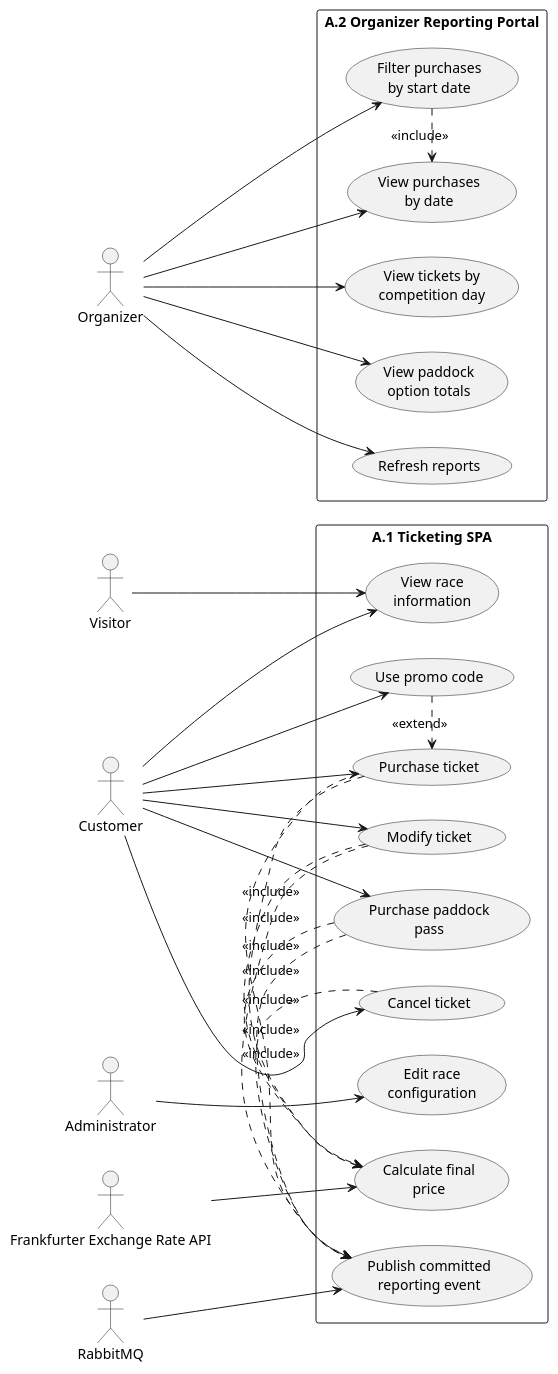
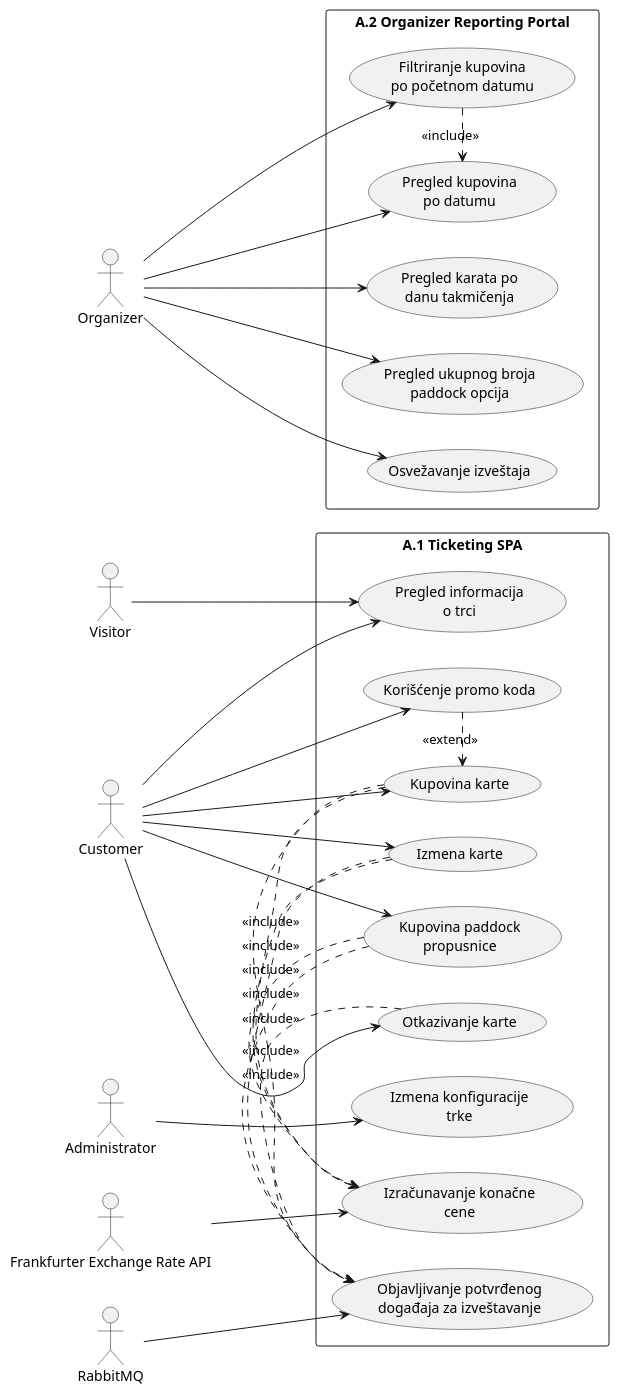
One commit to bd0061/f1-app changed the diagram in docs/diagrams/use-case.puml. Above: the diagram before and after it, drawn with PlantUML. The commit also changed 14 other files, not shown here.

```diff
--- a/docs/diagrams/use-case.puml
+++ b/docs/diagrams/use-case.puml
@@ -1,59 +1,59 @@
 @startuml
 left to right direction
 skinparam packageStyle rectangle
 skinparam shadowing false
 
 actor Visitor
 actor Customer
 actor Administrator
 actor Organizer
 actor "Frankfurter Exchange Rate API" as Frankfurter
 actor RabbitMQ
 
 rectangle "A.1 Ticketing SPA" as A1 {
-  usecase "View race\ninformation" as UCView
-  usecase "Purchase ticket" as UCPurchase
-  usecase "Use promo code" as UCPromo
-  usecase "Modify ticket" as UCModify
-  usecase "Cancel ticket" as UCCancel
-  usecase "Purchase paddock\npass" as UCPaddock
-  usecase "Edit race\nconfiguration" as UCAdmin
-  usecase "Calculate final\nprice" as UCPrice
-  usecase "Publish committed\nreporting event" as UCPublish
+usecase "Pregled informacija\no trci" as UCView
+usecase "Kupovina karte" as UCPurchase
+usecase "Korišćenje promo koda" as UCPromo
+usecase "Izmena karte" as UCModify
+usecase "Otkazivanje karte" as UCCancel
+usecase "Kupovina paddock\npropusnice" as UCPaddock
+usecase "Izmena konfiguracije\ntrke" as UCAdmin
+usecase "Izračunavanje konačne\ncene" as UCPrice
+usecase "Objavljivanje potvrđenog\ndogađaja za izveštavanje" as UCPublish
 }
 
 rectangle "A.2 Organizer Reporting Portal" as A2 {
-  usecase "View tickets by\ncompetition day" as UCDayReport
-  usecase "View purchases\nby date" as UCPurchaseReport
-  usecase "Filter purchases\nby start date" as UCFilter
-  usecase "View paddock\noption totals" as UCPaddockReport
-  usecase "Refresh reports" as UCRefresh
+usecase "Pregled karata po\ndanu takmičenja" as UCDayReport
+usecase "Pregled kupovina\npo datumu" as UCPurchaseReport
+usecase "Filtriranje kupovina\npo početnom datumu" as UCFilter
+usecase "Pregled ukupnog broja\npaddock opcija" as UCPaddockReport
+usecase "Osvežavanje izveštaja" as UCRefresh
 }
 
 Visitor --> UCView
 Customer --> UCView
 Customer --> UCPurchase
 Customer --> UCPromo
 Customer --> UCModify
 Customer --> UCCancel
 Customer --> UCPaddock
 Administrator --> UCAdmin
 Organizer --> UCDayReport
 Organizer --> UCPurchaseReport
 Organizer --> UCFilter
 Organizer --> UCPaddockReport
 Organizer --> UCRefresh
 
 UCPromo .> UCPurchase : <<extend>>
 UCPurchase .> UCPrice : <<include>>
 UCModify .> UCPrice : <<include>>
 UCPaddock .> UCPrice : <<include>>
 UCPurchase .> UCPublish : <<include>>
 UCModify .> UCPublish : <<include>>
 UCCancel .> UCPublish : <<include>>
 UCPaddock .> UCPublish : <<include>>
 UCFilter .> UCPurchaseReport : <<include>>
 
 Frankfurter --> UCPrice
 RabbitMQ --> UCPublish
 @enduml
```
